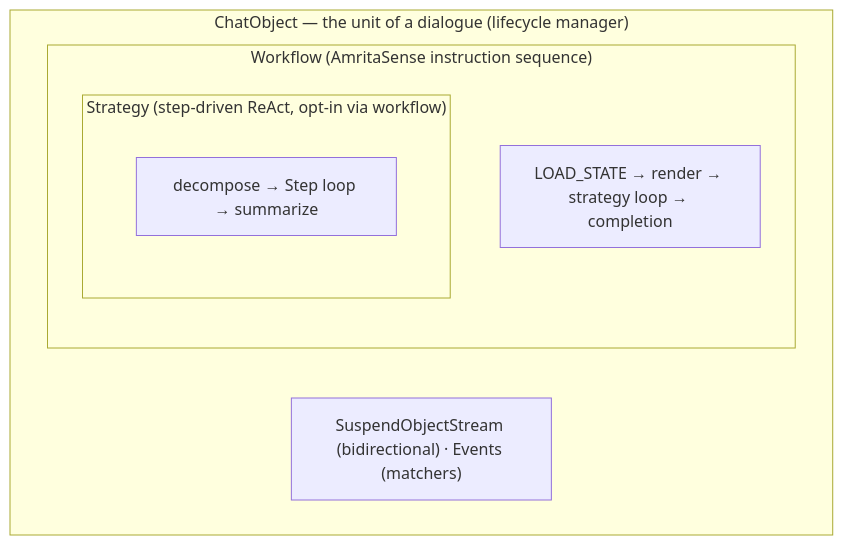
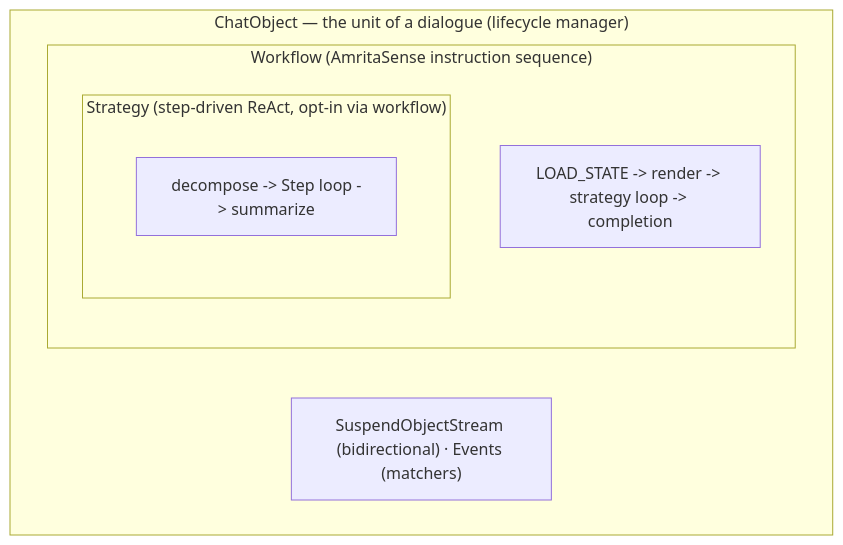
Before and after one commit to AmritaBot/AmritaCore: the diagram in docs/docs/guide/concepts/index.md, drawn with Mermaid. The commit also changed other lines of this file and 89 other files, not shown here.

````diff
--- a/docs/docs/guide/concepts/index.md
+++ b/docs/docs/guide/concepts/index.md
@@ -9,12 +9,12 @@
 ```mermaid
 flowchart TB
     subgraph c1["ChatObject — the unit of a dialogue (lifecycle manager)"]
         subgraph c2["Workflow (AmritaSense instruction sequence)"]
             subgraph c3["Strategy (step-driven ReAct, opt-in via workflow)"]
-                s1["decompose → Step loop → summarize"]
+                s1["decompose -> Step loop -> summarize"]
             end
-            w1["LOAD_STATE → render → strategy loop → completion"]
+            w1["LOAD_STATE -> render -> strategy loop -> completion"]
         end
         o1["SuspendObjectStream (bidirectional) · Events (matchers)"]
     end
 ```
````
